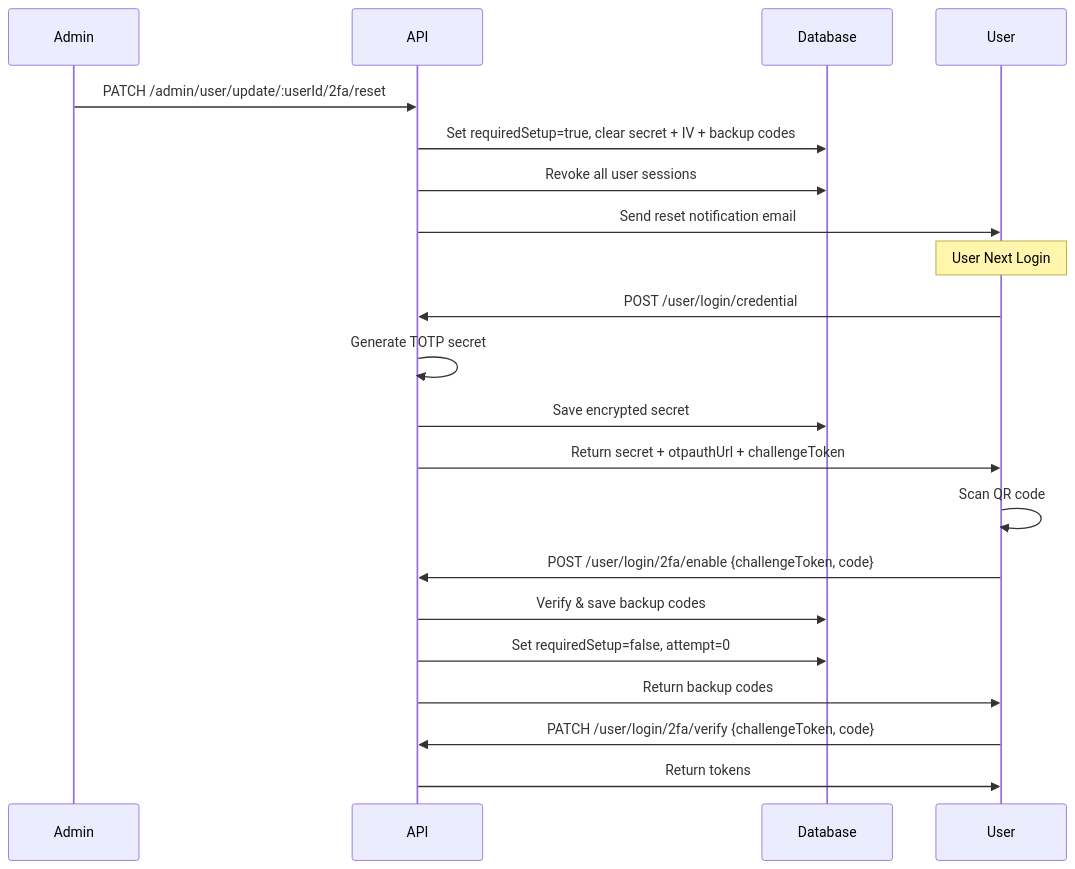
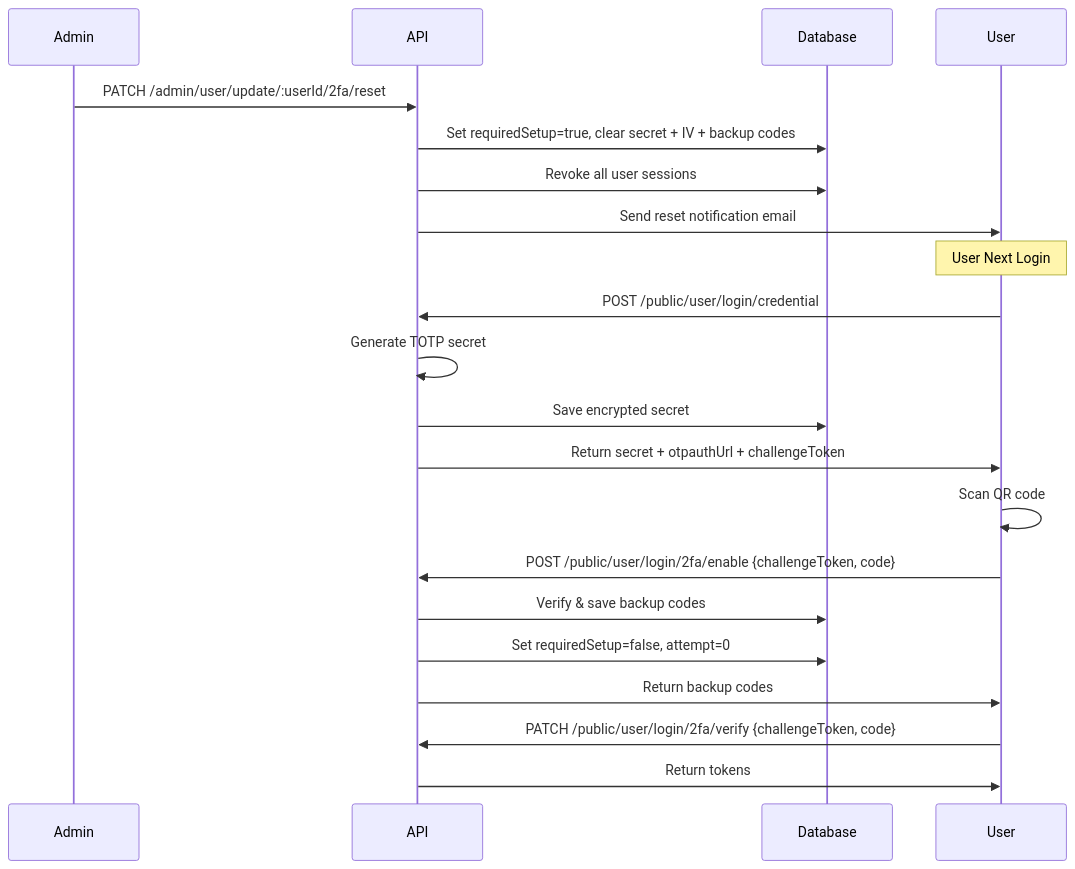
One commit to andrechristikan/ack-nestjs-boilerplate changed the third of 9 diagrams in docs/two-factor.md. Above: the diagram before and after it, drawn with Mermaid. The commit also changed other lines of this file and 31 other files, not shown here.

````diff
--- a/docs/two-factor.md
+++ b/docs/two-factor.md
@@ -253,25 +253,25 @@
 ```mermaid
 sequenceDiagram
     participant Admin
     participant API
     participant Database
     participant User
 
     Admin->>API: PATCH /admin/user/update/:userId/2fa/reset
     API->>Database: Set requiredSetup=true, clear secret + IV + backup codes
     API->>Database: Revoke all user sessions
     API->>User: Send reset notification email
     
     Note over User: User Next Login
-    User->>API: POST /user/login/credential
+    User->>API: POST /public/user/login/credential
     API->>API: Generate TOTP secret
     API->>Database: Save encrypted secret
     API->>User: Return secret + otpauthUrl + challengeToken
     User->>User: Scan QR code
-    User->>API: POST /user/login/2fa/enable {challengeToken, code}
+    User->>API: POST /public/user/login/2fa/enable {challengeToken, code}
     API->>Database: Verify & save backup codes
     API->>Database: Set requiredSetup=false, attempt=0
     API->>User: Return backup codes
-    User->>API: PATCH /user/login/2fa/verify {challengeToken, code}
+    User->>API: PATCH /public/user/login/2fa/verify {challengeToken, code}
     API->>User: Return tokens
 ```
````
